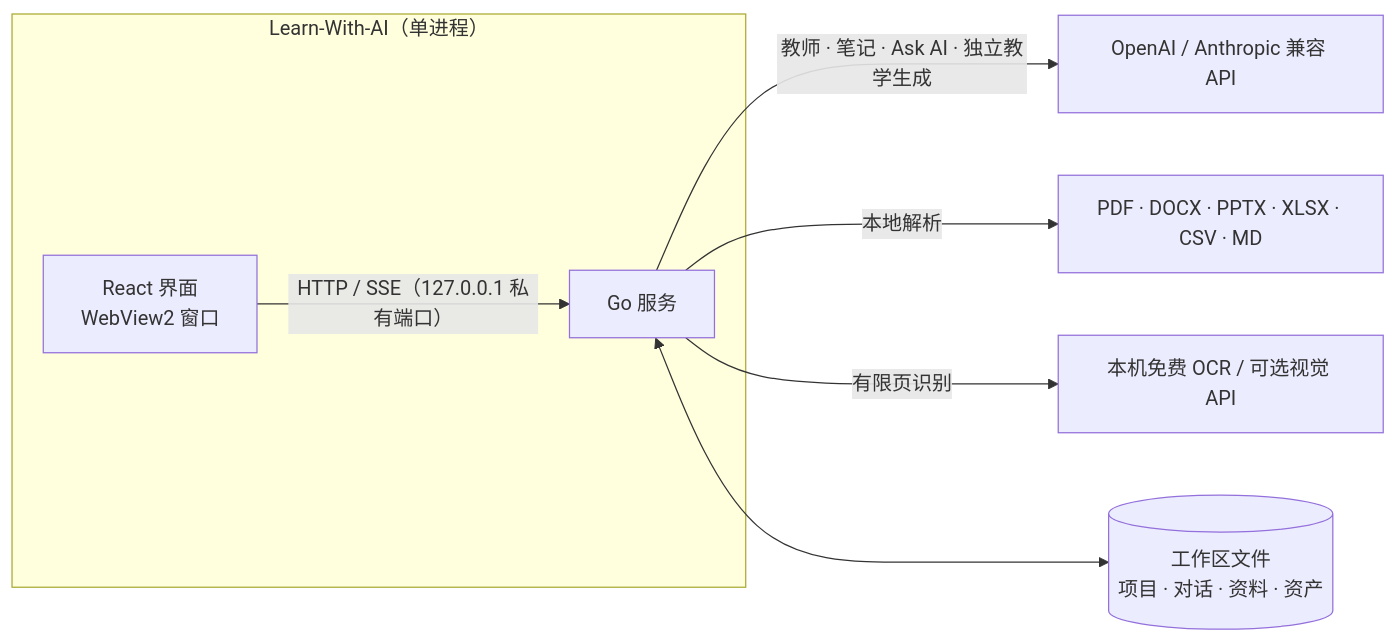
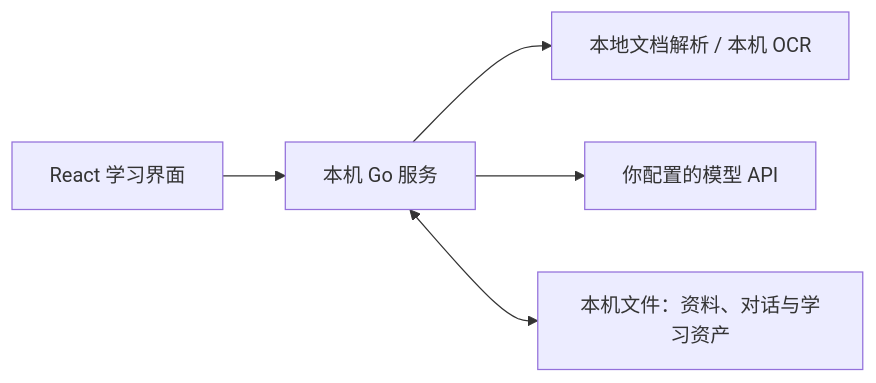
The diagram in README.md (porridgeowefish/LLL_life_long_learn), drawn with Mermaid before and after one commit. The commit also changed other lines of this file and 7 other files, not shown here.

````diff
--- a/README.md
+++ b/README.md
@@ -116,10 +164,7 @@
 ```mermaid
 flowchart LR
-  subgraph App["Learn-With-AI（单进程）"]
-    UI["React 界面<br/>WebView2 窗口"] -- "HTTP / SSE（127.0.0.1 私有端口）" --> Go["Go 服务"]
-  end
-  Go -- "教师 · 笔记 · Ask AI · 独立教学生成" --> LLM["OpenAI / Anthropic 兼容 API"]
-  Go -- "本地解析" --> Parser["PDF · DOCX · PPTX · XLSX · CSV · MD"]
-  Go -- "有限页识别" --> Vision["本机免费 OCR / 可选视觉 API"]
-  Go <--> FS[("工作区文件<br/>项目 · 对话 · 资料 · 资产")]
+  UI["React 学习界面"] --> Go["本机 Go 服务"]
+  Go --> Parser["本地文档解析 / 本机 OCR"]
+  Go --> LLM["你配置的模型 API"]
+  Go <--> FS["本机文件：资料、对话与学习资产"]
 ```
````
